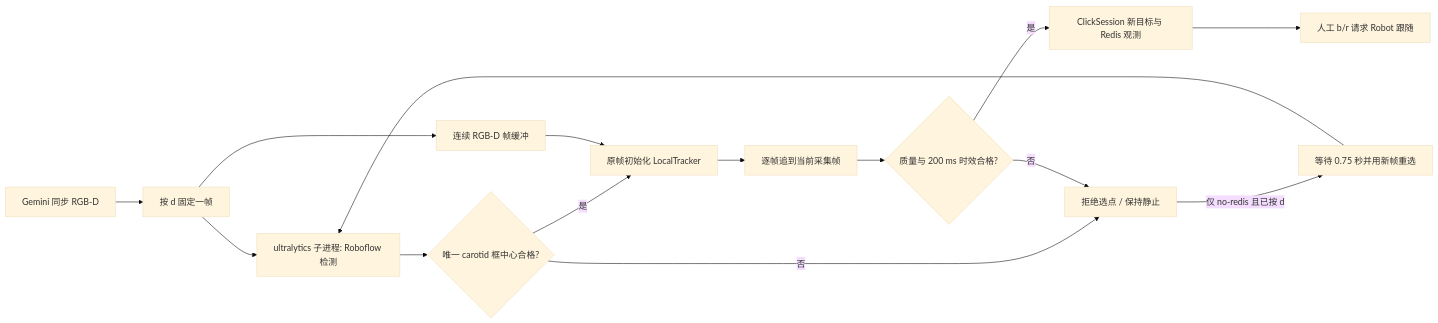
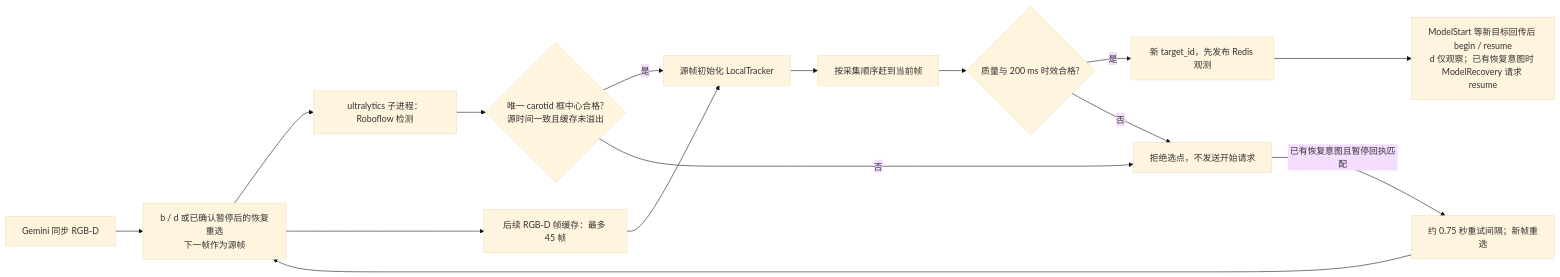
The first of 6 diagrams in infer/Camera_wrist/ARCHITECTURE.md (Sadstrawberrysc/cair-arm), drawn with Mermaid (base theme) before and after one commit. The commit also changed other lines of this file and 40 other files, not shown here.

````diff
--- a/infer/Camera_wrist/ARCHITECTURE.md
+++ b/infer/Camera_wrist/ARCHITECTURE.md
@@ -29,17 +44,17 @@
 ```mermaid
 flowchart LR
-  A[Gemini 同步 RGB-D] --> B[按 d 固定一帧]
-  B --> C[ultralytics 子进程: Roboflow 检测]
-  C --> D{唯一 carotid 框中心合格?}
-  B --> E[连续 RGB-D 帧缓冲]
-  D -->|是| F[原帧初始化 LocalTracker]
+  A["Gemini 同步 RGB-D"] --> B["b / d 或已确认暂停后的恢复重选<br/>下一帧作为源帧"]
+  B --> C["ultralytics 子进程：Roboflow 检测"]
+  C --> D{"唯一 carotid 框中心合格?<br/>源时间一致且缓存未溢出"}
+  B --> E["后续 RGB-D 帧缓存：最多 45 帧"]
+  D -->|是| F["源帧初始化 LocalTracker"]
   E --> F
-  F --> G[逐帧追到当前采集帧]
-  G --> H{质量与 200 ms 时效合格?}
-  H -->|是| I[ClickSession 新目标与 Redis 观测]
-  I --> J[人工 b/r 请求 Robot 跟随]
-  D -->|否| X[拒绝选点 / 保持静止]
+  F --> G["按采集顺序赶到当前帧"]
+  G --> H{"质量与 200 ms 时效合格?"}
+  H -->|是| I["新 target_id，先发布 Redis 观测"]
+  I --> J["ModelStart 等新目标回传后 begin / resume<br/>d 仅观察；已有恢复意图时 ModelRecovery 请求 resume"]
+  D -->|否| X["拒绝选点，不发送开始请求"]
   H -->|否| X
-  X -->|仅 no-redis 且已按 d| R[等待 0.75 秒并用新帧重选]
-  R --> C
+  X -->|已有恢复意图且暂停回执匹配| R["约 0.75 秒重试间隔；新帧重选"]
+  R --> B
 ```
````
